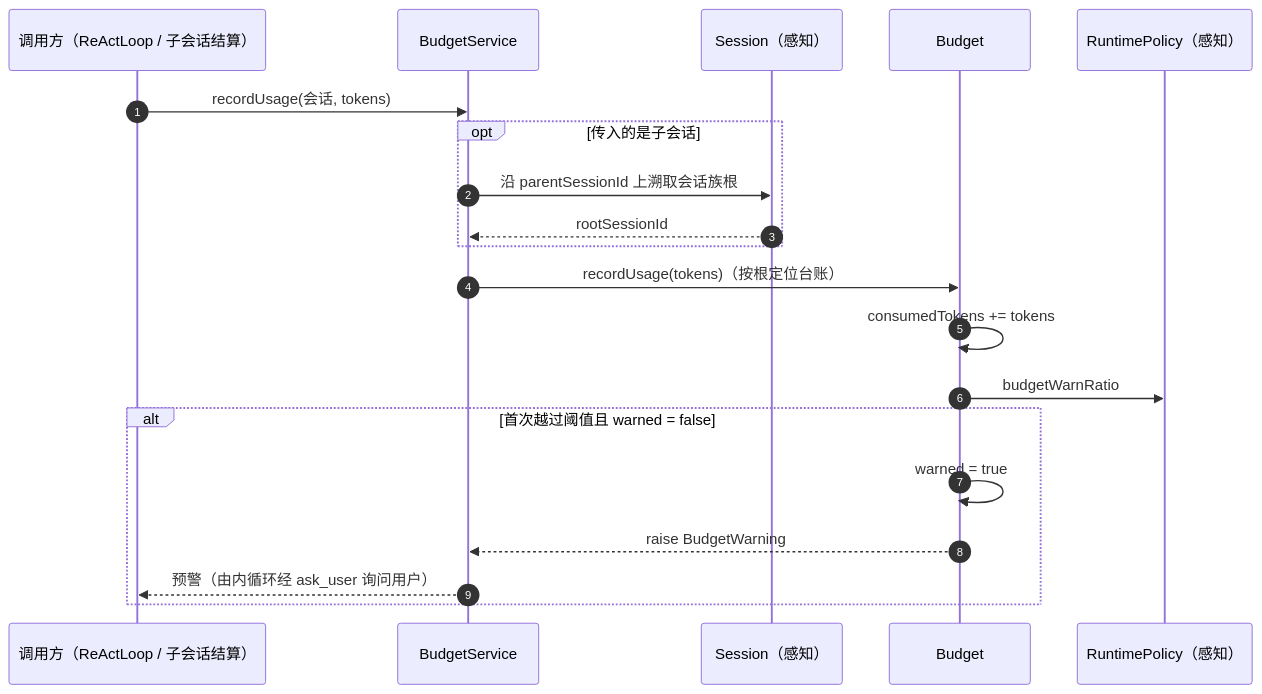
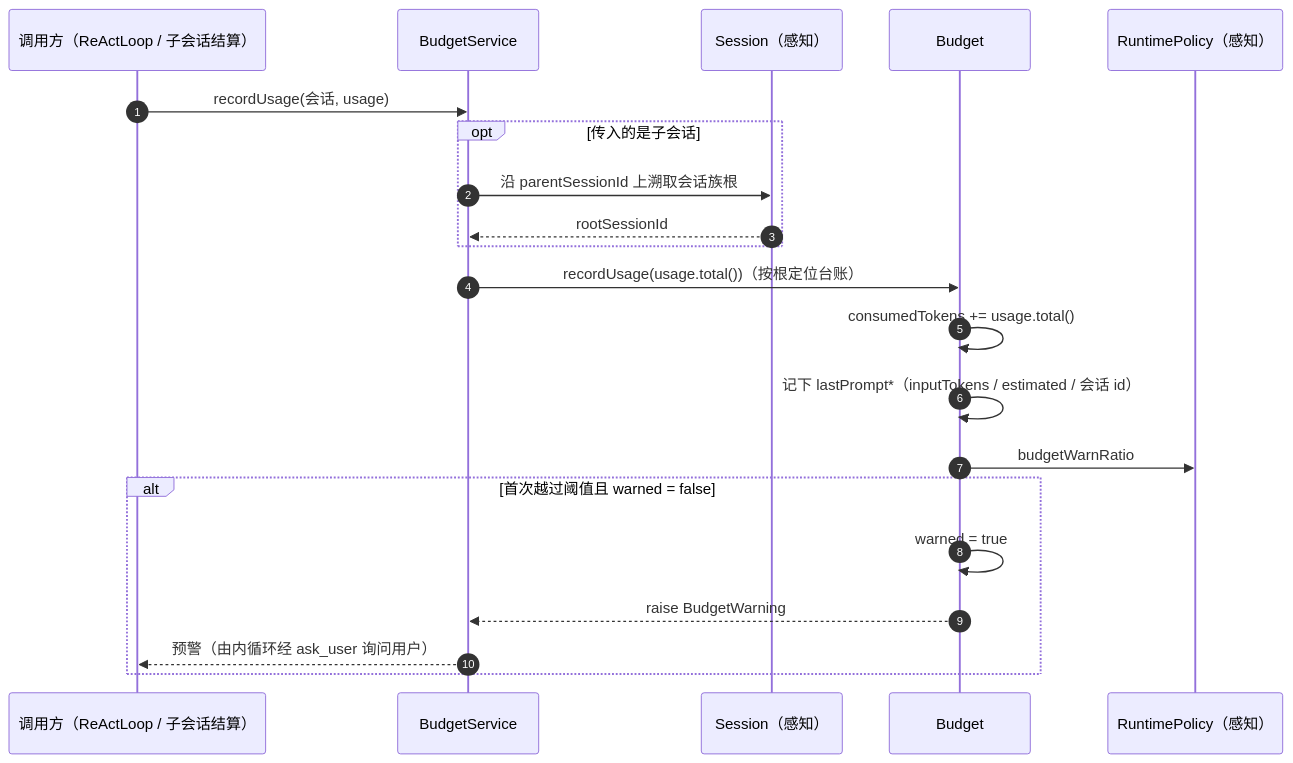
One commit to zcd0831/Jellyfish-Docs changed the sixth of 6 diagrams in model/模块-行动.md. Above: the diagram before and after it, drawn with Mermaid. The commit also changed other lines of this file and 3 other files, not shown here.

````diff
--- a/model/模块-行动.md
+++ b/model/模块-行动.md
@@ -679,23 +683,24 @@
 ```mermaid
 sequenceDiagram
     autonumber
     participant CALLER as 调用方（ReActLoop / 子会话结算）
     participant BS as BudgetService
     participant S as Session（感知）
     participant B as Budget
     participant RP as RuntimePolicy（感知）
 
-    CALLER->>BS: recordUsage(会话, tokens)
+    CALLER->>BS: recordUsage(会话, usage)
     opt 传入的是子会话
         BS->>S: 沿 parentSessionId 上溯取会话族根
         S-->>BS: rootSessionId
     end
-    BS->>B: recordUsage(tokens)（按根定位台账）
-    B->>B: consumedTokens += tokens
+    BS->>B: recordUsage(usage.total())（按根定位台账）
+    B->>B: consumedTokens += usage.total()
+    B->>B: 记下 lastPrompt*（inputTokens / estimated / 会话 id）
     B->>RP: budgetWarnRatio
     alt 首次越过阈值且 warned = false
         B->>B: warned = true
         B-->>BS: raise BudgetWarning
         BS-->>CALLER: 预警（由内循环经 ask_user 询问用户）
     end
 ```
````
